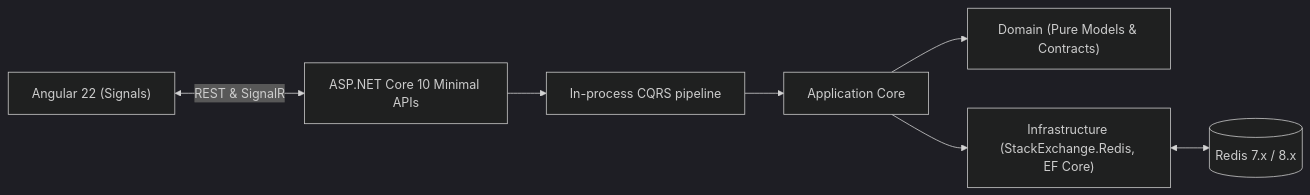
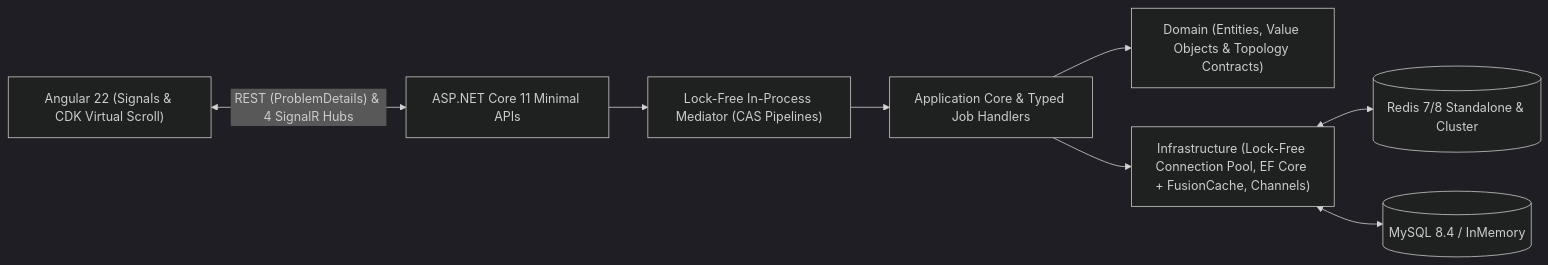
The diagram in README.md (dellik95/redis-gui), drawn with Mermaid (dark theme) before and after one commit. The commit also changed other lines of this file and 232 other files, not shown here.

````diff
--- a/README.md
+++ b/README.md
@@ -121,9 +123,10 @@
 ```mermaid
 flowchart LR
-    Client["Angular 22 (Signals)"] <-->|REST & SignalR| Server["ASP.NET Core 10 Minimal APIs"]
-    Server --> Mediator["In-process CQRS pipeline"]
-    Mediator --> App["Application Core"]
-    App --> Domain["Domain (Pure Models & Contracts)"]
-    App --> Infra["Infrastructure (StackExchange.Redis, EF Core)"]
-    Infra <--> Redis[("Redis 7.x / 8.x")]
+    Client["Angular 22 (Signals & CDK Virtual Scroll)"] <-->|"REST (ProblemDetails) & 4 SignalR Hubs"| Server["ASP.NET Core 11 Minimal APIs"]
+    Server --> Mediator["Lock-Free In-Process Mediator (CAS Pipelines)"]
+    Mediator --> App["Application Core & Typed Job Handlers"]
+    App --> Domain["Domain (Entities, Value Objects & Topology Contracts)"]
+    App --> Infra["Infrastructure (Lock-Free Connection Pool, EF Core + FusionCache, Channels)"]
+    Infra <--> Redis[("Redis 7/8 Standalone & Cluster")]
+    Infra <--> MySQL[("MySQL 8.4 / InMemory")]
 ```
````
